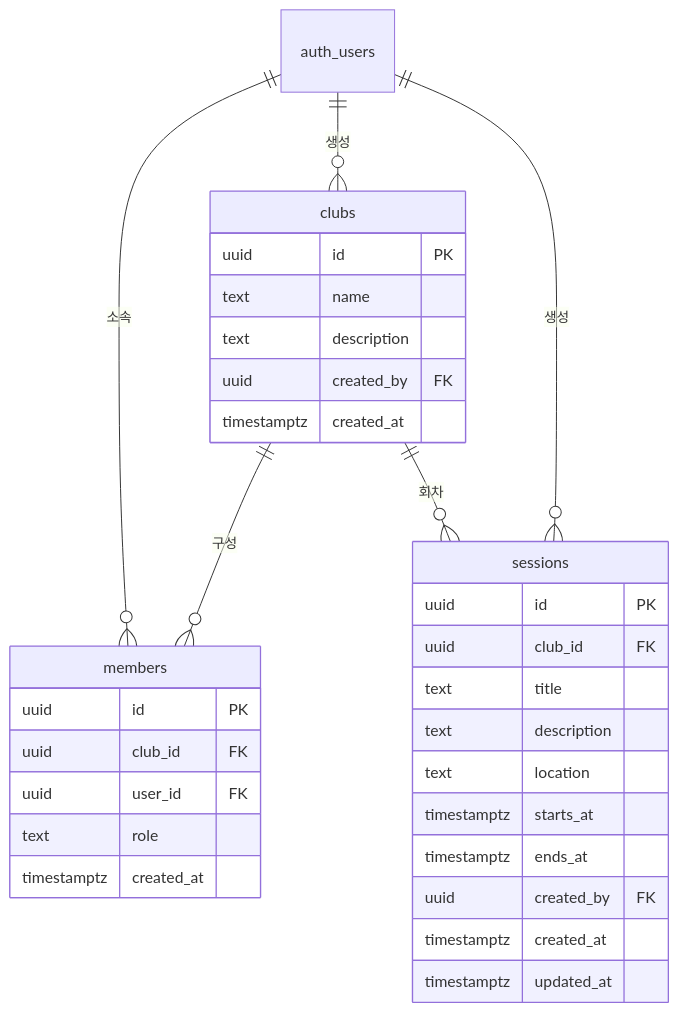
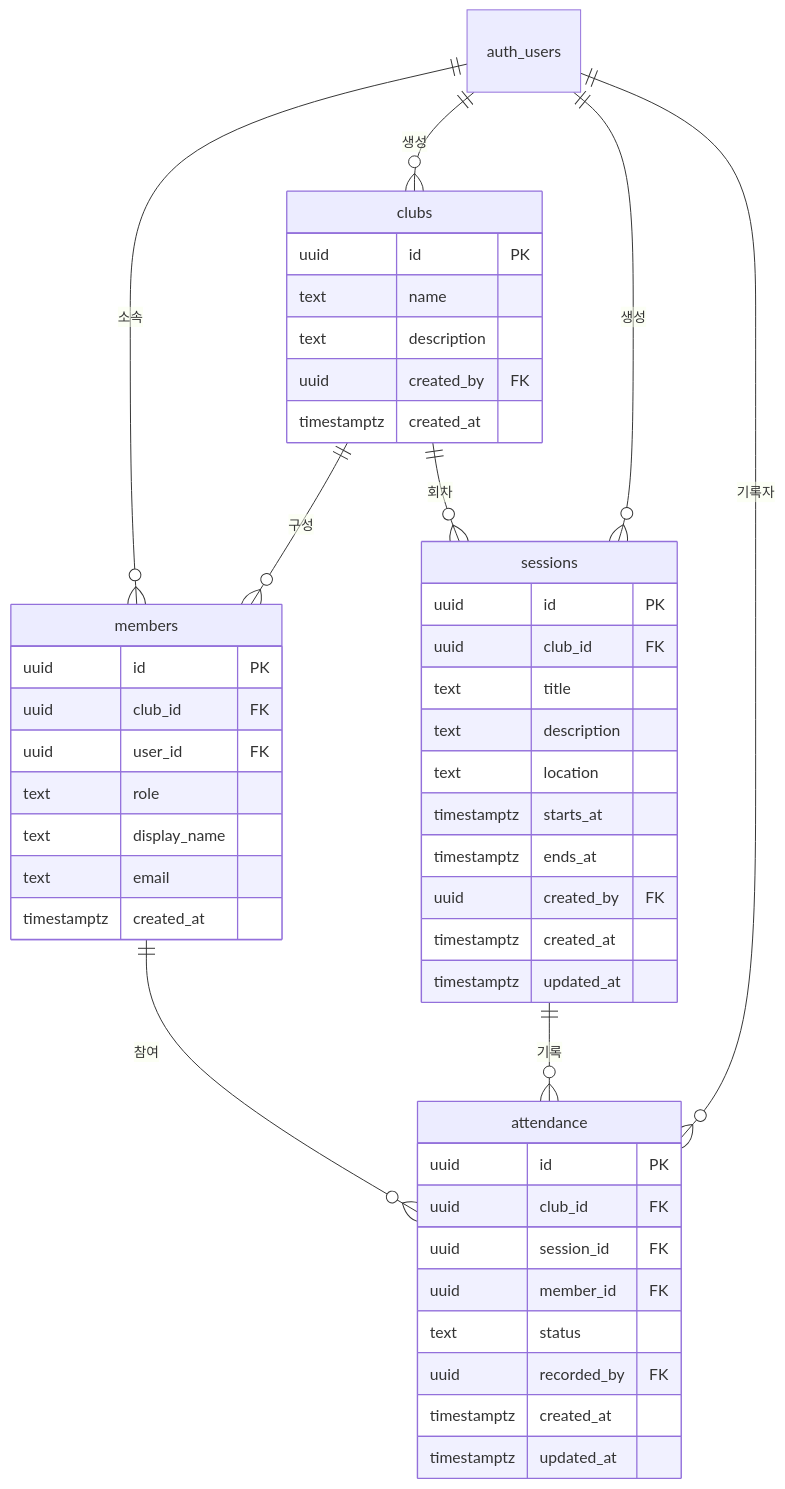
The diagram in docs/DATABASE.md (pkdee/ai-club-os), drawn with Mermaid before and after one commit. The commit also changed other lines of this file and 6 other files, not shown here.

First line of the commit message:
docs: Attendance 데이터 구조와 Member 이름 결정 기록

````diff
--- a/docs/DATABASE.md
+++ b/docs/DATABASE.md
@@ -47,37 +48,53 @@
 ```mermaid
 erDiagram
   auth_users ||--o{ members : "소속"
   clubs ||--o{ members : "구성"
   auth_users ||--o{ clubs : "생성"
   clubs ||--o{ sessions : "회차"
   auth_users ||--o{ sessions : "생성"
+  sessions ||--o{ attendance : "기록"
+  members ||--o{ attendance : "참여"
+  auth_users ||--o{ attendance : "기록자"
 
   clubs {
     uuid id PK
     text name
     text description
     uuid created_by FK
     timestamptz created_at
   }
 
   members {
     uuid id PK
     uuid club_id FK
     uuid user_id FK
     text role
+    text display_name
+    text email
     timestamptz created_at
   }
 
   sessions {
     uuid id PK
     uuid club_id FK
     text title
     text description
     text location
     timestamptz starts_at
     timestamptz ends_at
     uuid created_by FK
     timestamptz created_at
     timestamptz updated_at
   }
+
+  attendance {
+    uuid id PK
+    uuid club_id FK
+    uuid session_id FK
+    uuid member_id FK
+    text status
+    uuid recorded_by FK
+    timestamptz created_at
+    timestamptz updated_at
+  }
 ```
````
